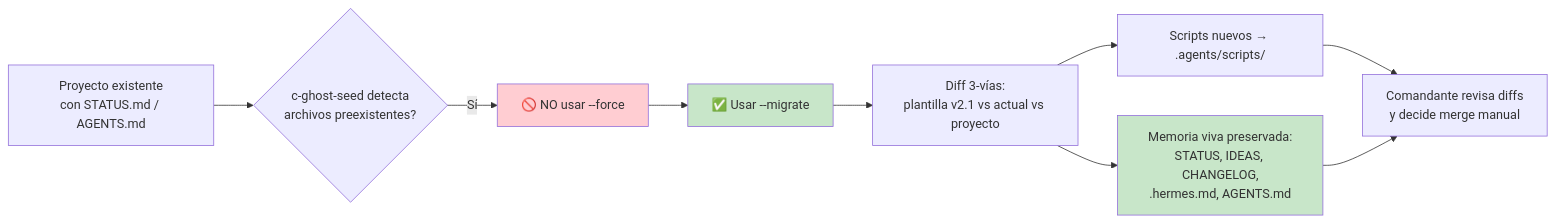
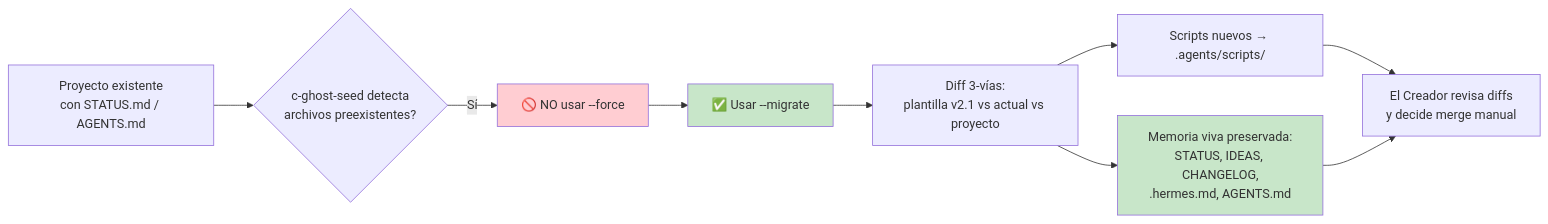
Before and after one commit to c-ghost-project/c-ghost-brain: the fourth of 4 diagrams in adapters/hermes/skills/c-ghost-seed/docs/FLUJO_TRABAJO_v2.1.md, drawn with Mermaid. The commit also changed other lines of this file and 10 other files, not shown here.

Commit message:
docs(terminology): standardize "El Creador" across manuals, Mermaid diagrams & re-render flujo_cghost_v21 PNG/PDF

````diff
--- a/adapters/hermes/skills/c-ghost-seed/docs/FLUJO_TRABAJO_v2.1.md
+++ b/adapters/hermes/skills/c-ghost-seed/docs/FLUJO_TRABAJO_v2.1.md
@@ -102,15 +102,15 @@
 ```mermaid
 flowchart LR
     A["Proyecto existente<br/>con STATUS.md / AGENTS.md"] --> B{"c-ghost-seed detecta<br/>archivos preexistentes?"}
     B -->|"Sí"| C["🚫 NO usar --force"]
     C --> D["✅ Usar --migrate"]
     D --> E["Diff 3-vías:<br/>plantilla v2.1 vs actual vs proyecto"]
     E --> F["Scripts nuevos → .agents/scripts/"]
     E --> G["Memoria viva preservada:<br/>STATUS, IDEAS, CHANGELOG,<br/>.hermes.md, AGENTS.md"]
-    F --> H["Comandante revisa diffs<br/>y decide merge manual"]
+    F --> H["El Creador revisa diffs<br/>y decide merge manual"]
     G --> H
 
     style C fill:#ffcdd2
     style D fill:#c8e6c9
     style G fill:#c8e6c9
 ```
````
